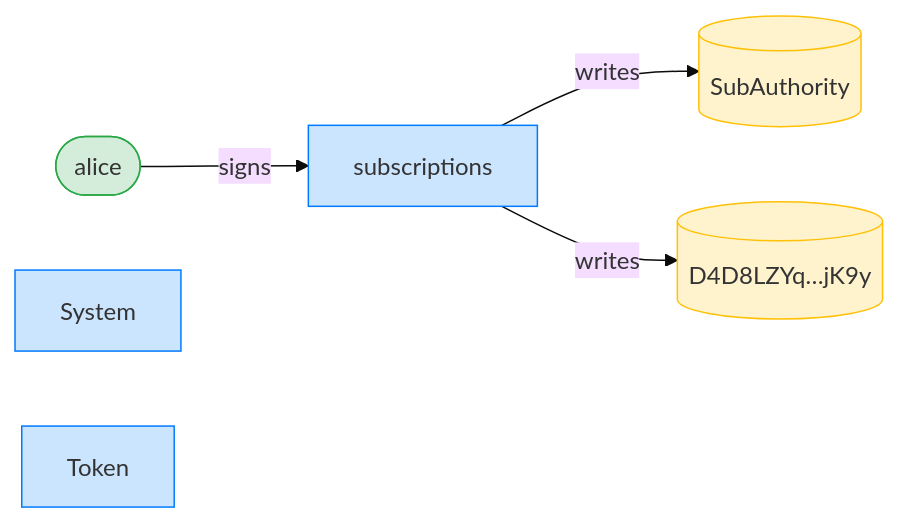
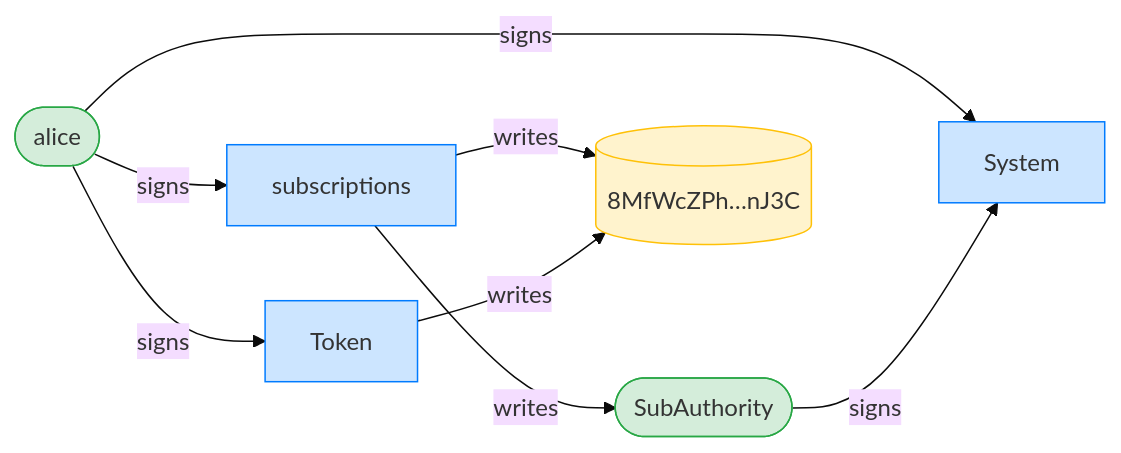
The third of 12 diagrams in dsl_tests/a-sponsor-cannot-revoke-within-the-drift-window.md (cds-rs/subscriptions), drawn with Mermaid (base theme) before and after one commit. The commit also changed other lines of this file and 224 other files, not shown here.

````diff
--- a/dsl_tests/a-sponsor-cannot-revoke-within-the-drift-window.md
+++ b/dsl_tests/a-sponsor-cannot-revoke-within-the-drift-window.md
@@ -53,15 +54,19 @@
 ```mermaid
 flowchart LR
     classDef signer fill:#d4edda,stroke:#28a745;
     classDef program fill:#cce5ff,stroke:#007bff;
     classDef writable fill:#fff3cd,stroke:#ffc107;
     subscriptions[subscriptions]:::program
     alice([alice]):::signer
-    SubAuthority[(SubAuthority)]:::writable
-    D4D8LZYq_jK9y[("D4D8LZYq…jK9y")]:::writable
+    SubAuthority([SubAuthority]):::signer
+    8MfWcZPh_nJ3C[("8MfWcZPh…nJ3C")]:::writable
     System[System]:::program
     Token[Token]:::program
     alice -->|signs| subscriptions
+    alice -->|signs| System
+    SubAuthority -->|signs| System
+    alice -->|signs| Token
     subscriptions -->|writes| SubAuthority
-    subscriptions -->|writes| D4D8LZYq_jK9y
+    subscriptions -->|writes| 8MfWcZPh_nJ3C
+    Token -->|writes| 8MfWcZPh_nJ3C
 ```
````
